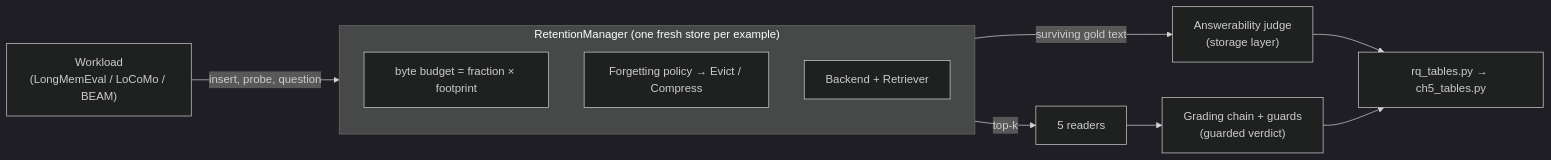
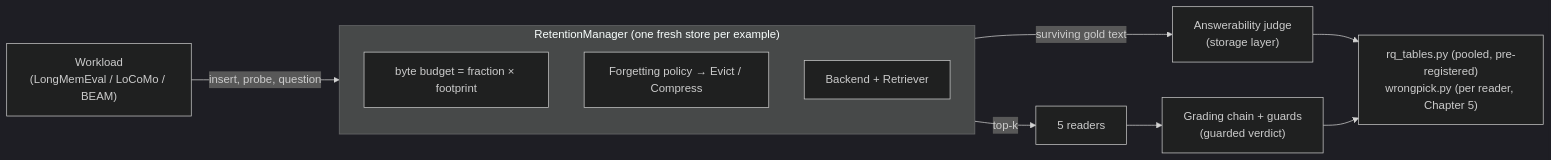
One commit to Str3am786/forget-it changed the diagram in README.md. Above: the diagram before and after it, drawn with Mermaid (dark theme). The commit also changed other lines of this file and 1 other file, not shown here.

````diff
--- a/README.md
+++ b/README.md
@@ -148,14 +177,14 @@
 ```mermaid
 flowchart LR
     W["Workload<br/>(LongMemEval / LoCoMo / BEAM)"] -->|insert, probe, question| RM
     subgraph RM["RetentionManager (one fresh store per example)"]
         direction TB
         B["byte budget = fraction × footprint"]
         P["Forgetting policy → Evict / Compress"]
         BE["Backend + Retriever"]
     end
     RM -->|surviving gold text| A["Answerability judge<br/>(storage layer)"]
     RM -->|top-k| R["5 readers"] --> G["Grading chain + guards<br/>(guarded verdict)"]
-    A --> T["rq_tables.py → ch5_tables.py"]
+    A --> T["rq_tables.py (pooled, pre-registered)<br/>wrongpick.py (per reader, Chapter 5)"]
     G --> T
 ```
````
